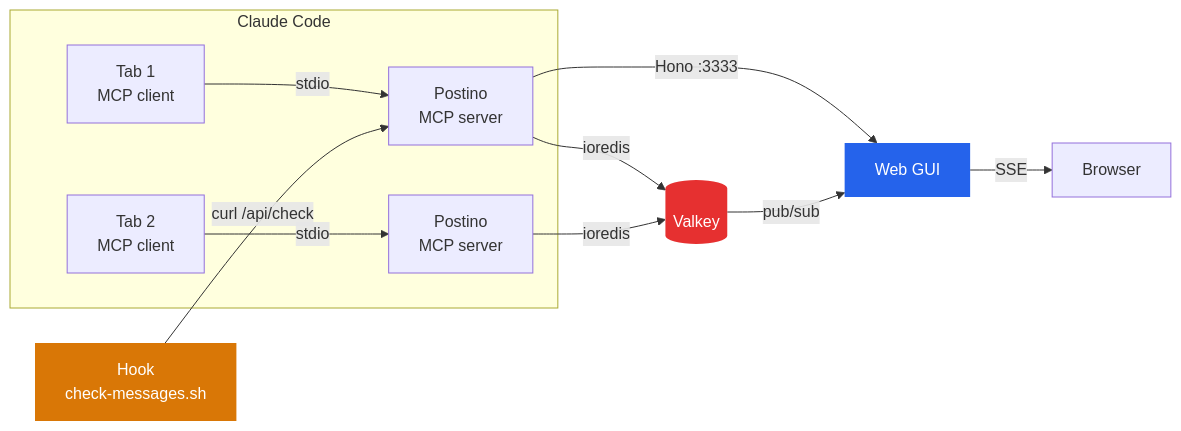
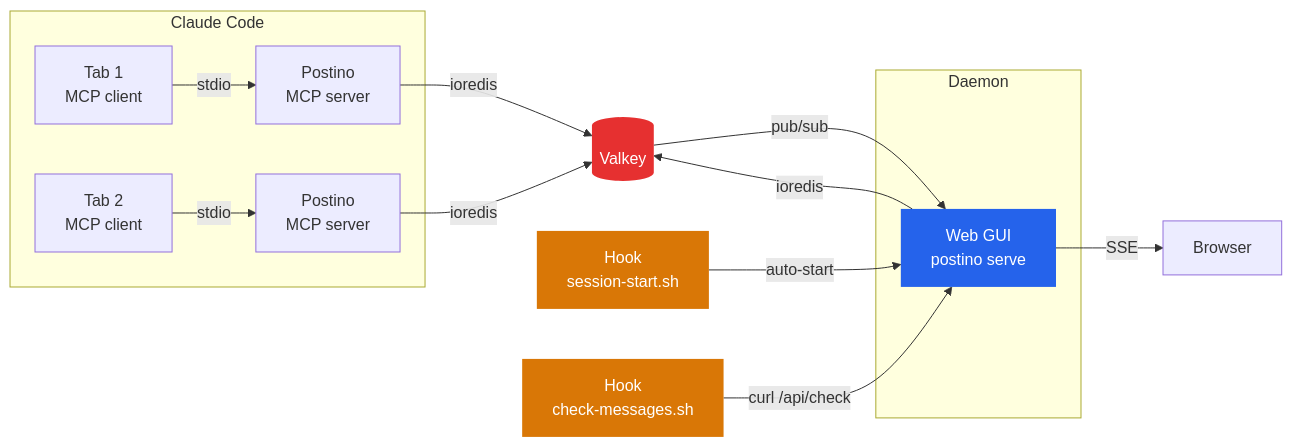
One commit to manuelfedele/postino changed the third of 3 diagrams in README.md. Above: the diagram before and after it, drawn with Mermaid. The commit also changed other lines of this file and 2 other files, not shown here.

First line of the commit message:
v0.4.1: Document standalone GUI daemon, CLI commands, update architecture

````diff
--- a/README.md
+++ b/README.md
@@ -236,20 +247,26 @@
 ```mermaid
 graph LR
     subgraph Claude Code
         T1[Tab 1<br/>MCP client] -->|stdio| M1[Postino<br/>MCP server]
         T2[Tab 2<br/>MCP client] -->|stdio| M2[Postino<br/>MCP server]
     end
 
     M1 -->|ioredis| VK[(Valkey)]
     M2 -->|ioredis| VK
 
-    M1 -->|Hono :3333| GUI[Web GUI]
+    subgraph Daemon
+        GUI[Web GUI<br/>postino serve]
+    end
+
+    GUI -->|ioredis| VK
     VK -->|pub/sub| GUI
     GUI -->|SSE| Browser
 
-    H[Hook<br/>check-messages.sh] -->|curl /api/check| M1
+    H[Hook<br/>session-start.sh] -->|auto-start| GUI
+    H2[Hook<br/>check-messages.sh] -->|curl /api/check| GUI
 
     style VK fill:#e63030,color:#fff,stroke:none
     style GUI fill:#2563eb,color:#fff,stroke:none
     style H fill:#d97706,color:#fff,stroke:none
+    style H2 fill:#d97706,color:#fff,stroke:none
 ```
````
